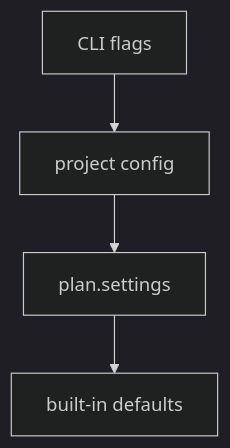
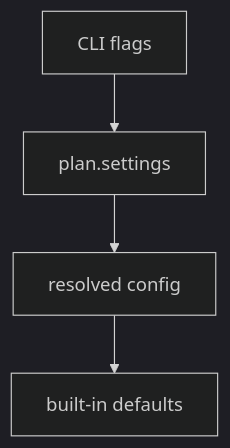
The first of 10 diagrams in docs/orchestration.md (opus-domini/praetor), drawn with Mermaid before and after one commit. The commit also changed other lines of this file and 88 other files, not shown here.

````diff
--- a/docs/orchestration.md
+++ b/docs/orchestration.md
@@ -239,10 +260,10 @@
 ```mermaid
 ---
 config:
   theme: dark
 ---
 flowchart TD
-    A[CLI flags] --> B[project config]
-    B --> C[plan.settings]
+    A[CLI flags] --> B[plan.settings]
+    B --> C[resolved config]
     C --> D[built-in defaults]
 ```
````
